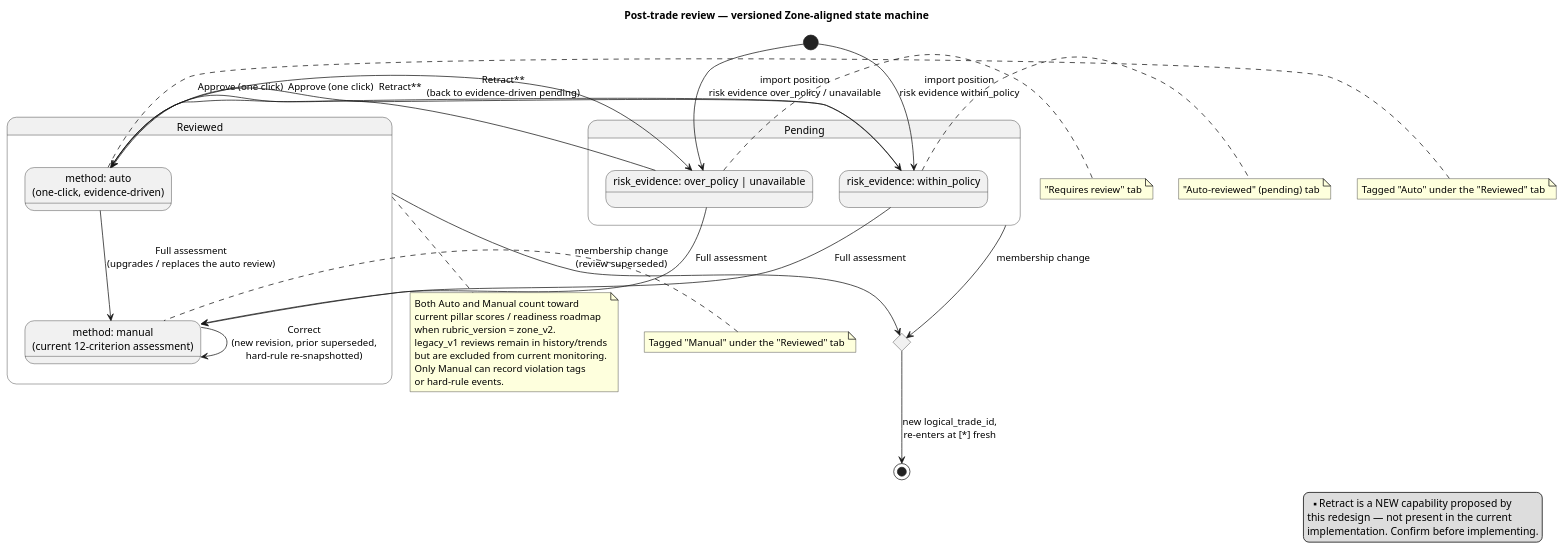
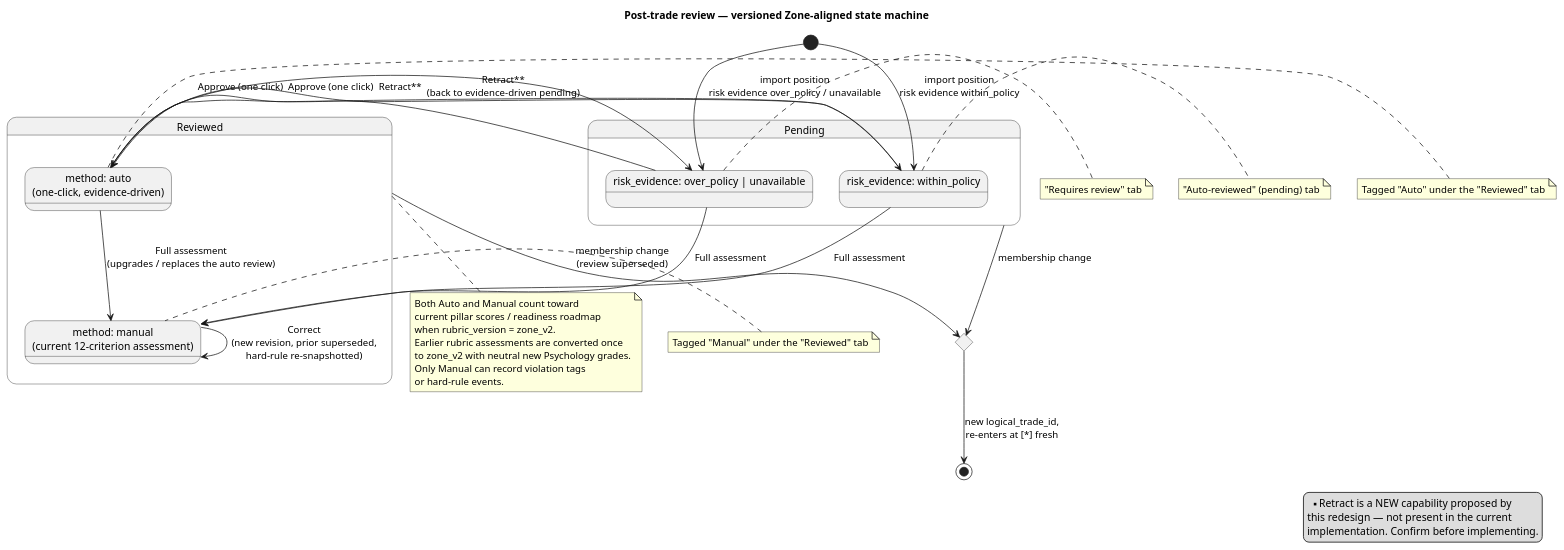
The diagram in docs/review-state-machine.puml (katawo/trading-journal), drawn with PlantUML before and after one commit. The commit also changed 20 other files, not shown here.

```diff
--- a/docs/review-state-machine.puml
+++ b/docs/review-state-machine.puml
@@ -1,66 +1,66 @@
 @startuml
 title Post-trade review — versioned Zone-aligned state machine
 
 skinparam shadowing false
 skinparam defaultFontName Arial
 
 state "Pending" as Pending {
   state "risk_evidence: over_policy | unavailable" as PendingUrgent
   state "risk_evidence: within_policy" as PendingRoutine
 }
 
 state "Reviewed" as Reviewed {
   state "method: auto\n(one-click, evidence-driven)" as Auto
   state "method: manual\n(current 12-criterion assessment)" as Manual
 }
 
 state "Reclassified" as Reclassified <<choice>>
 
 [*] --> PendingUrgent : import position\nrisk evidence over_policy / unavailable
 [*] --> PendingRoutine : import position\nrisk evidence within_policy
 
 PendingUrgent --> Auto : Approve (one click)
 PendingRoutine --> Auto : Approve (one click)
 PendingUrgent --> Manual : Full assessment
 PendingRoutine --> Manual : Full assessment
 Auto --> Manual : Full assessment\n(upgrades / replaces the auto review)
 
 Auto --> PendingUrgent : Retract**\n(back to evidence-driven pending)
 Auto --> PendingRoutine : Retract**
 
 Manual --> Manual : Correct\n(new revision, prior superseded,\nhard-rule re-snapshotted)
 
 Pending --> Reclassified : membership change
 Reviewed --> Reclassified : membership change\n(review superseded)
 Reclassified --> [*] : new logical_trade_id,\nre-enters at [*] fresh
 
 note bottom of Reviewed
   Both Auto and Manual count toward
   current pillar scores / readiness roadmap
   when rubric_version = zone_v2.
-  legacy_v1 reviews remain in history/trends
-  but are excluded from current monitoring.
+  Earlier rubric assessments are converted once
+  to zone_v2 with neutral new Psychology grades.
   Only Manual can record violation tags
   or hard-rule events.
 end note
 
 note right of PendingUrgent
   "Requires review" tab
 end note
 note right of PendingRoutine
   "Auto-reviewed" (pending) tab
 end note
 note left of Auto
   Tagged "Auto" under the "Reviewed" tab
 end note
 note left of Manual
   Tagged "Manual" under the "Reviewed" tab
 end note
 
 legend right
   ** Retract is a NEW capability proposed by
   this redesign — not present in the current
   implementation. Confirm before implementing.
 endlegend
 
 @enduml
```
